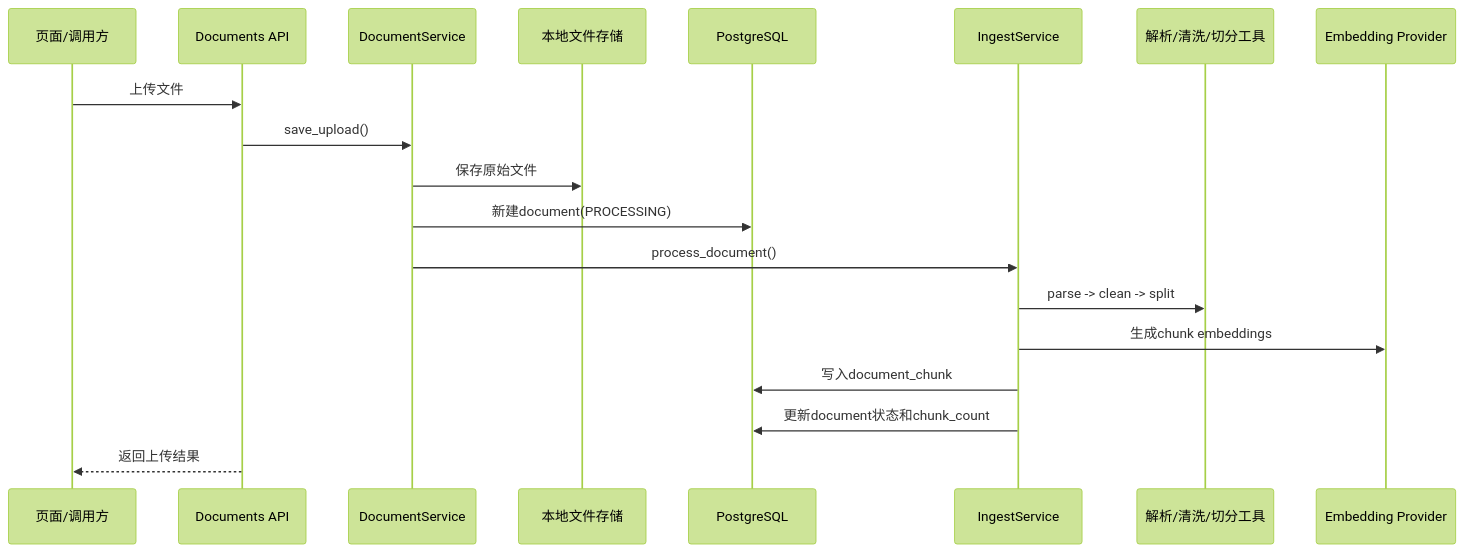
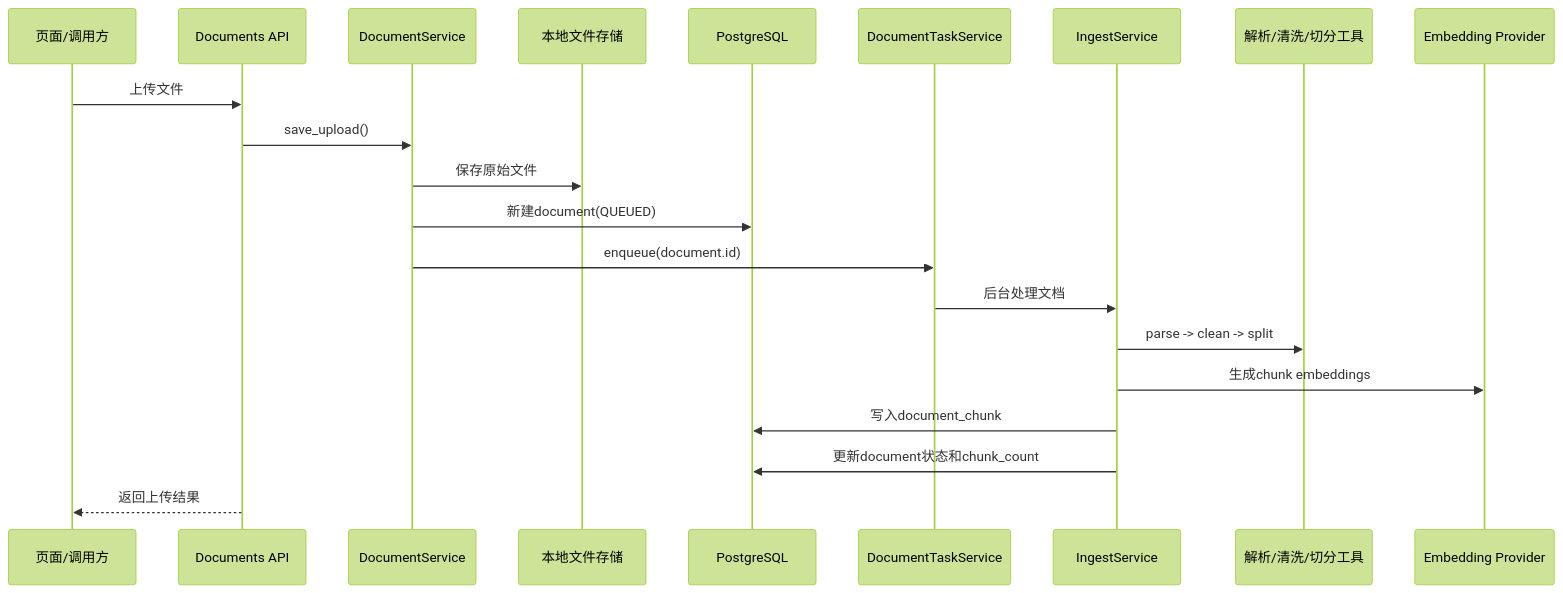
One commit to zishuo-xu/rag changed the second of 5 diagrams in 当前项目架构说明.md. Above: the diagram before and after it, drawn with Mermaid (forest theme). The commit also changed other lines of this file and 4 other files, not shown here.

````diff
--- a/当前项目架构说明.md
+++ b/当前项目架构说明.md
@@ -414,22 +414,24 @@
 ```mermaid
 sequenceDiagram
     participant UI as 页面/调用方
     participant API as Documents API
     participant DS as DocumentService
     participant FS as 本地文件存储
     participant DB as PostgreSQL
+    participant TS as DocumentTaskService
     participant IS as IngestService
     participant UT as 解析/清洗/切分工具
     participant EM as Embedding Provider
 
     UI->>API: 上传文件
     API->>DS: save_upload()
     DS->>FS: 保存原始文件
-    DS->>DB: 新建document(PROCESSING)
-    DS->>IS: process_document()
+    DS->>DB: 新建document(QUEUED)
+    DS->>TS: enqueue(document.id)
+    TS->>IS: 后台处理文档
     IS->>UT: parse -> clean -> split
     IS->>EM: 生成chunk embeddings
     IS->>DB: 写入document_chunk
     IS->>DB: 更新document状态和chunk_count
     API-->>UI: 返回上传结果
 ```
````
